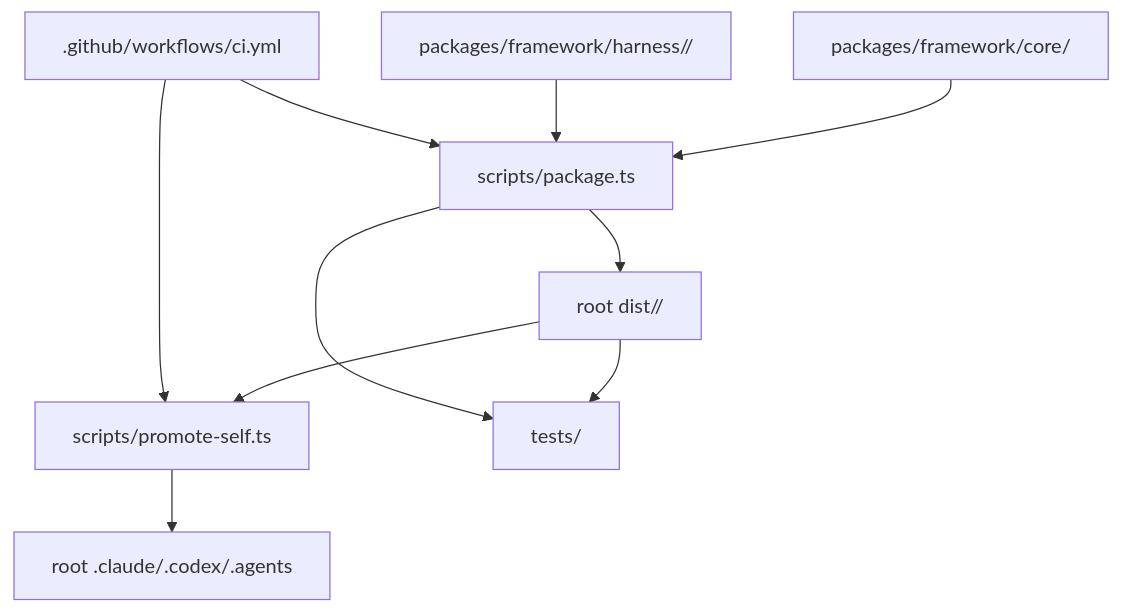
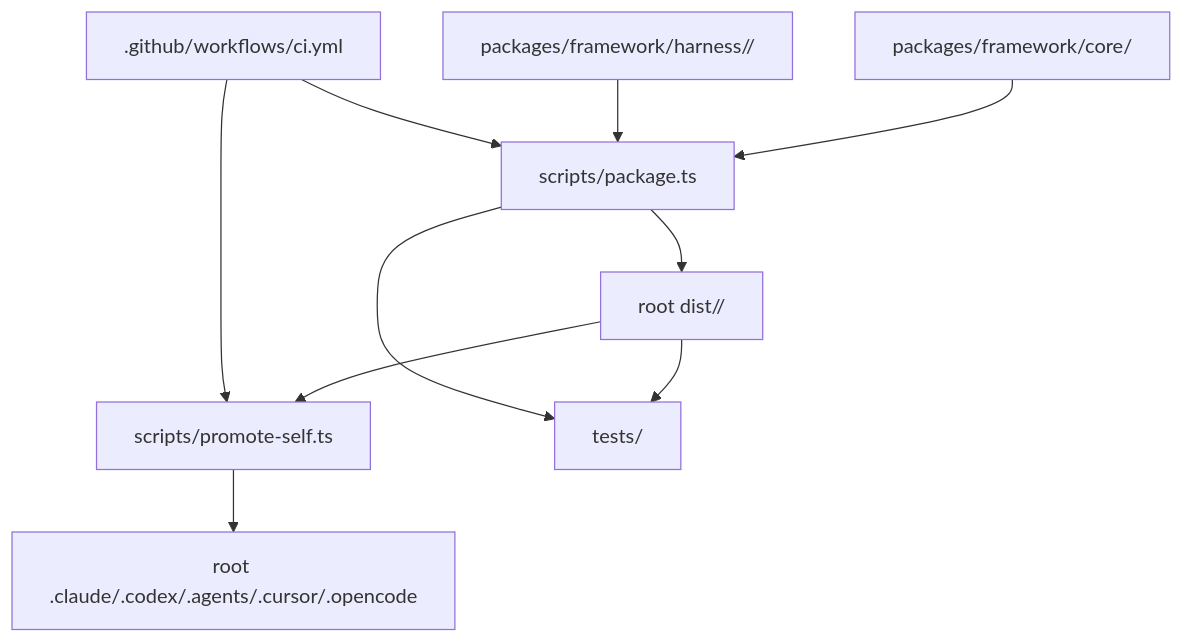
The fifth of 7 diagrams in amadeus/spaces/default/codekb/amadeus/dependencies.md (amadeus-dlc/amadeus), drawn with Mermaid before and after one commit. The commit also changed other lines of this file and 11 other files, not shown here.

````diff
--- a/amadeus/spaces/default/codekb/amadeus/dependencies.md
+++ b/amadeus/spaces/default/codekb/amadeus/dependencies.md
@@ -87,21 +114,21 @@
 ```mermaid
 flowchart TD
   FWCore["packages/framework/core/"]
   FWHarness["packages/framework/harness/<name>/"]
   PackageScript["scripts/package.ts"]
   Promote["scripts/promote-self.ts"]
   Dist["root dist/<name>/"]
-  Runtime["root .claude/.codex/.agents"]
+  Runtime["root .claude/.codex/.agents/.cursor/.opencode"]
   Tests["tests/"]
   CI[".github/workflows/ci.yml"]
 
   FWCore --> PackageScript
   FWHarness --> PackageScript
   PackageScript --> Dist
   Dist --> Promote
   Promote --> Runtime
   Dist --> Tests
   PackageScript --> Tests
   CI --> PackageScript
   CI --> Promote
 ```
````
